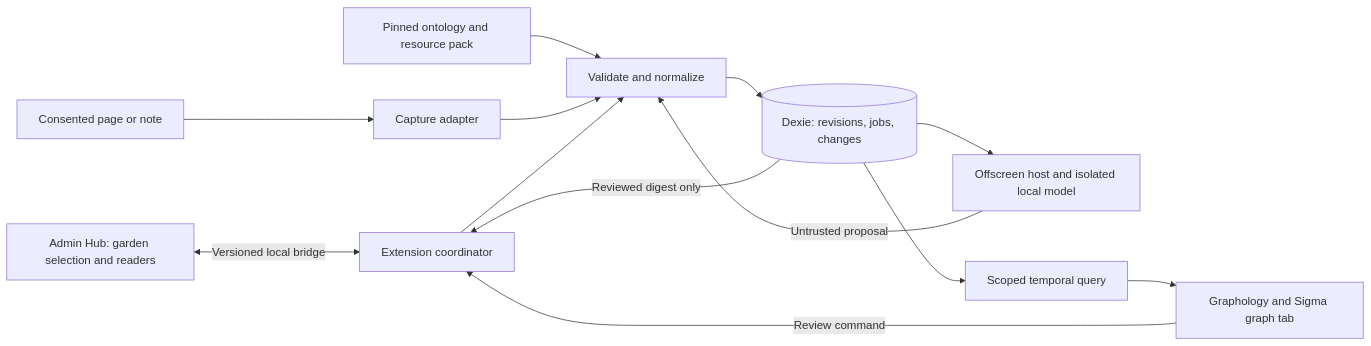
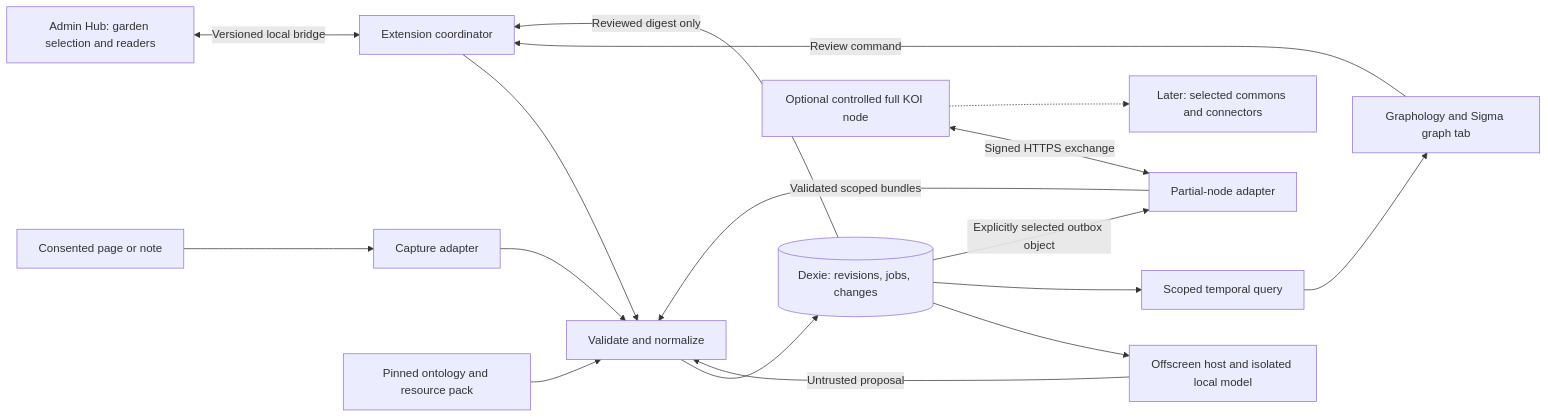
The diagram in .plans/ideas/grove/spec.md (greenpill-dev-guild/green-goods), drawn with Mermaid before and after one commit. The commit also changed other lines of this file and 11 other files, not shown here.

````diff
--- a/.plans/ideas/grove/spec.md
+++ b/.plans/ideas/grove/spec.md
@@ -64,15 +68,19 @@
 ```mermaid
 flowchart LR
   Hub[Admin Hub: garden selection and readers] <-->|Versioned local bridge| BG[Extension coordinator]
   Page[Consented page or note] --> Capture[Capture adapter]
   Pack[Pinned ontology and resource pack] --> Ingest[Validate and normalize]
   Capture --> Ingest
   BG --> Ingest
   Ingest --> DB[(Dexie: revisions, jobs, changes)]
   DB --> Model[Offscreen host and isolated local model]
   Model -->|Untrusted proposal| Ingest
   DB --> Query[Scoped temporal query]
   Query --> Graph[Graphology and Sigma graph tab]
   Graph -->|Review command| BG
   DB -->|Reviewed digest only| BG
+  Peer[Optional controlled full KOI node] <-->|Signed HTTPS exchange| KOI[Partial-node adapter]
+  KOI -->|Validated scoped bundles| Ingest
+  DB -->|Explicitly selected outbox object| KOI
+  Peer -.-> Commons[Later: selected commons and connectors]
 ```
````
